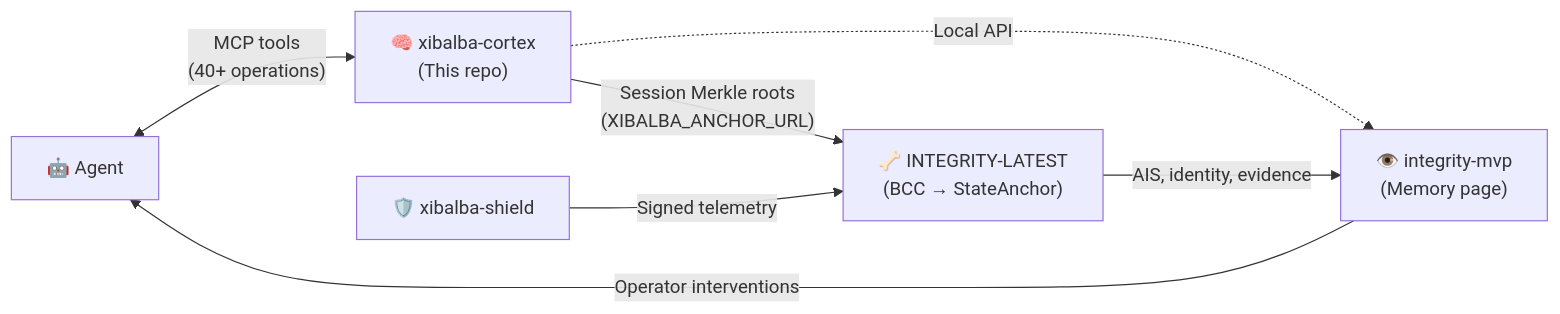
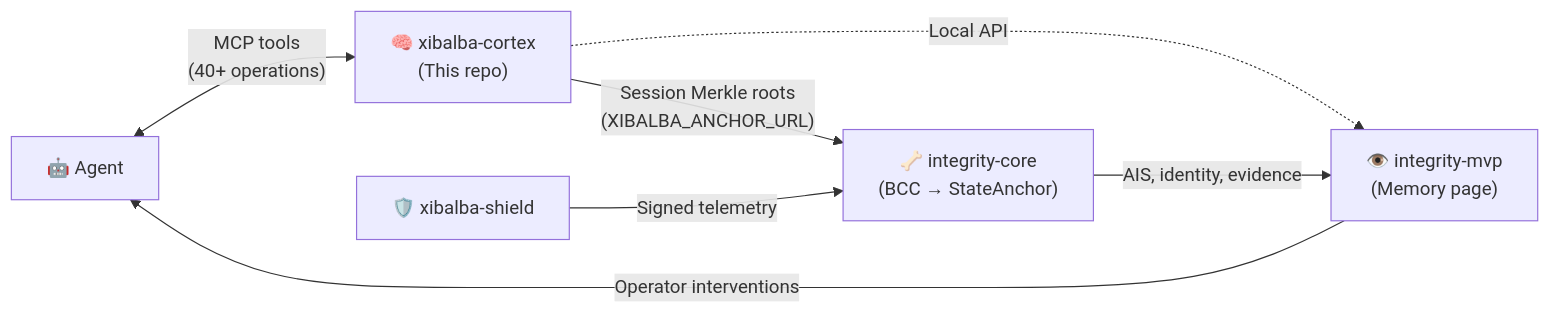
Before and after one commit to XibalbaTechSol/xibalba-cortex: the diagram in README.md, drawn with Mermaid. The commit also changed other lines of this file and 12 other files, not shown here.

````diff
--- a/README.md
+++ b/README.md
@@ -29,9 +29,9 @@
 ```mermaid
 flowchart LR
     Agent["🤖 Agent"] <-->|"MCP tools<br/>(40+ operations)"| Brain["🧠 xibalba-cortex<br/>(This repo)"]
-    Brain -->|"Session Merkle roots<br/>(XIBALBA_ANCHOR_URL)"| Backbone["🦴 INTEGRITY-LATEST<br/>(BCC → StateAnchor)"]
+    Brain -->|"Session Merkle roots<br/>(XIBALBA_ANCHOR_URL)"| Backbone["🦴 integrity-core<br/>(BCC → StateAnchor)"]
     Brain -.->|"Local API"| Eyes["👁️ integrity-mvp<br/>(Memory page)"]
     Immune["🛡️ xibalba-shield"] -->|"Signed telemetry"| Backbone
     Backbone -->|"AIS, identity, evidence"| Eyes
     Eyes -->|"Operator interventions"| Agent
 ```
````
